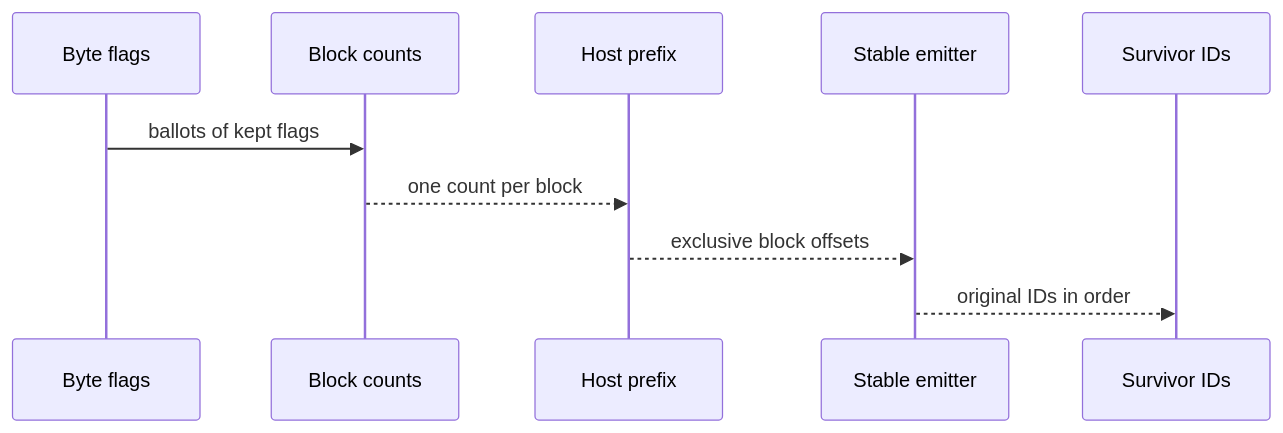
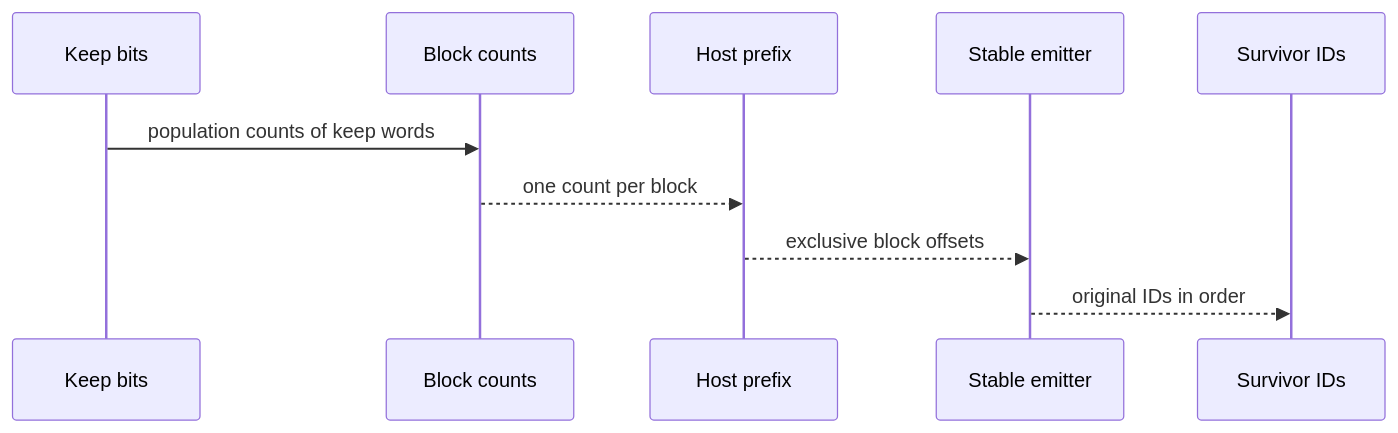
One commit to hillerlab/hspZ changed the fifth of 6 diagrams in docs/src/journeys/score-gate.md. Above: the diagram before and after it, drawn with Mermaid. The commit also changed other lines of this file and 9 other files, not shown here.

````diff
--- a/docs/src/journeys/score-gate.md
+++ b/docs/src/journeys/score-gate.md
@@ -78,12 +105,12 @@
 ```mermaid
 sequenceDiagram
-    participant F as Byte flags
+    participant F as Keep bits
     participant C as Block counts
     participant H as Host prefix
     participant E as Stable emitter
     participant S as Survivor IDs
-    F->>C: ballots of kept flags
+    F->>C: population counts of keep words
     C-->>H: one count per block
     H-->>E: exclusive block offsets
     E-->>S: original IDs in order
 ```
````
